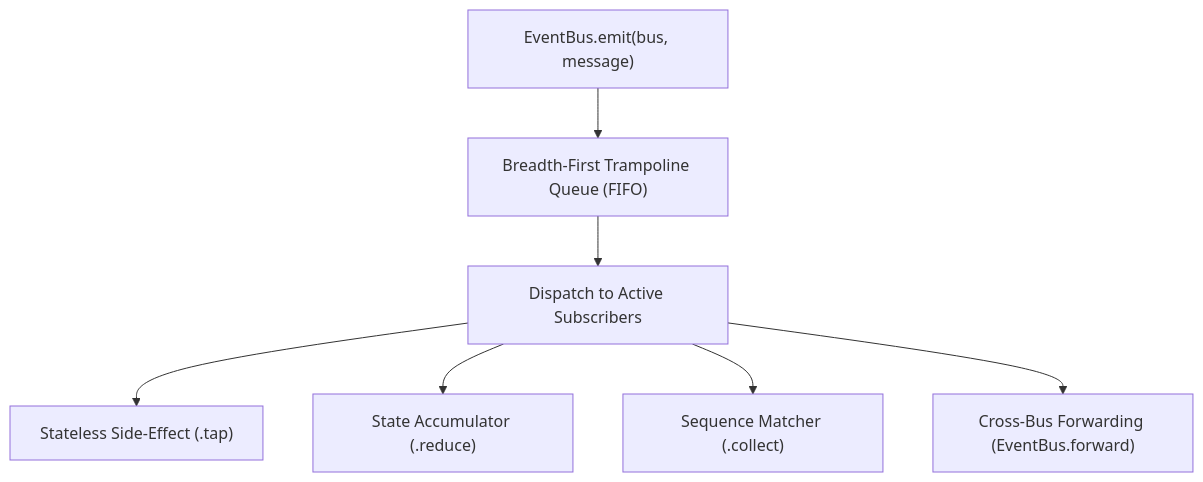
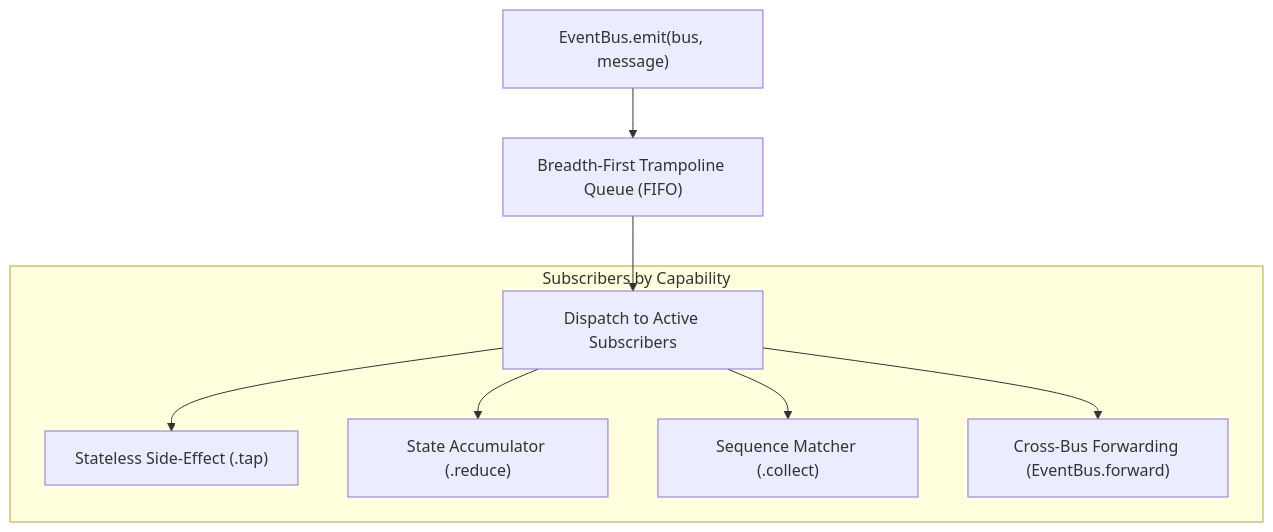
One commit to nlozgachev/pipelined changed the first of 2 diagrams in docs/src/content/docs/guides/event-bus.md. Above: the diagram before and after it, drawn with Mermaid. The commit also changed 22 other files, not shown here.

Commit message:
docs: better diagrams

````diff
--- a/docs/src/content/docs/guides/event-bus.md
+++ b/docs/src/content/docs/guides/event-bus.md
@@ -59,9 +59,12 @@
 ```mermaid
-flowchart TD
+flowchart TB
     Emit["EventBus.emit(bus, message)"] --> Queue["Breadth-First Trampoline Queue (FIFO)"]
     Queue --> Dispatch["Dispatch to Active Subscribers"]
-    Dispatch --> Tap["Stateless Side-Effect (.tap)"]
-    Dispatch --> Reduce["State Accumulator (.reduce)"]
-    Dispatch --> Collect["Sequence Matcher (.collect)"]
-    Dispatch --> Forward["Cross-Bus Forwarding (EventBus.forward)"]
+
+    subgraph Subscribers ["Subscribers by Capability"]
+        Dispatch --> Tap["Stateless Side-Effect (.tap)"]
+        Dispatch --> Reduce["State Accumulator (.reduce)"]
+        Dispatch --> Collect["Sequence Matcher (.collect)"]
+        Dispatch --> Forward["Cross-Bus Forwarding (EventBus.forward)"]
+    end
 ```
````
